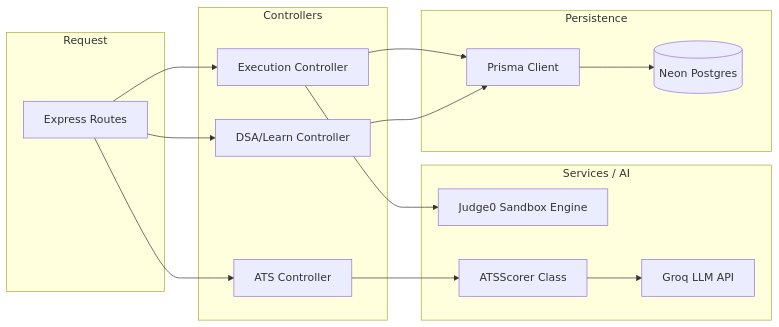
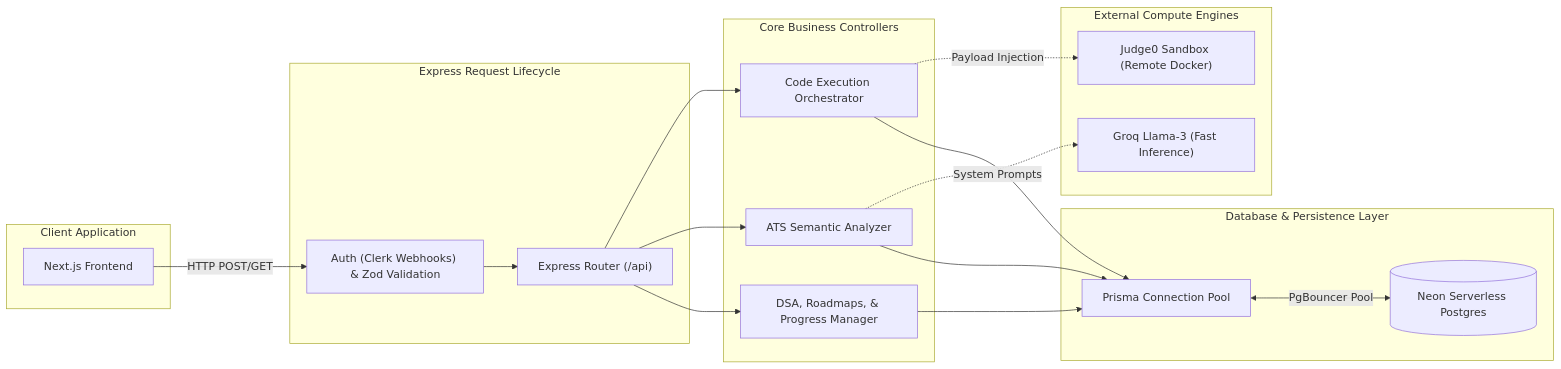
One commit to YashPanwar1408/prep-wise changed the diagram in backend/README.md. Above: the diagram before and after it, drawn with Mermaid. The commit also changed other lines of this file and 2 other files, not shown here.

````diff
--- a/backend/README.md
+++ b/backend/README.md
@@ -13,30 +13,37 @@
 ```mermaid
 graph LR
-    subgraph Request
-        HTTP["Express Routes"]
+    subgraph Client Application
+        NextJS["Next.js Frontend"]
+    end
+
+    subgraph Express Request Lifecycle
+        Router["Express Router (/api)"]
+        Middleware["Auth (Clerk Webhooks) & Zod Validation"]
     end
     
-    subgraph Controllers
-        ExecCtrl["Execution Controller"]
-        ATSCtrl["ATS Controller"]
-        ContentCtrl["DSA/Learn Controller"]
+    subgraph Core Business Controllers
+        ExecLogic["Code Execution Orchestrator"]
+        ATSLogic["ATS Semantic Analyzer"]
+        ContentLogic["DSA, Roadmaps, & Progress Manager"]
     end
     
-    subgraph Services / AI
-        Judge0["Judge0 Sandbox Engine"]
-        ATSClass["ATSScorer Class"]
-        Groq["Groq LLM API"]
+    subgraph External Compute Engines
+        Judge0["Judge0 Sandbox (Remote Docker)"]
+        GroqCloud["Groq Llama-3 (Fast Inference)"]
     end
     
-    subgraph Persistence
-        Prisma["Prisma Client"]
-        Neon[("Neon Postgres")]
+    subgraph Database & Persistence Layer
+        PrismaClient["Prisma Connection Pool"]
+        NeonDB[("Neon Serverless Postgres")]
     end
 
-    HTTP --> ExecCtrl & ATSCtrl & ContentCtrl
-    ExecCtrl --> Judge0
-    ATSCtrl --> ATSClass
-    ATSClass --> Groq
-    ExecCtrl & ContentCtrl --> Prisma
-    Prisma --> Neon
+    NextJS -->|HTTP POST/GET| Middleware
+    Middleware --> Router
+    Router --> ExecLogic & ATSLogic & ContentLogic
+    
+    ExecLogic -.->|Payload Injection| Judge0
+    ATSLogic -.->|System Prompts| GroqCloud
+    
+    ExecLogic & ContentLogic & ATSLogic --> PrismaClient
+    PrismaClient <-->|PgBouncer Pool| NeonDB
 ```
````
